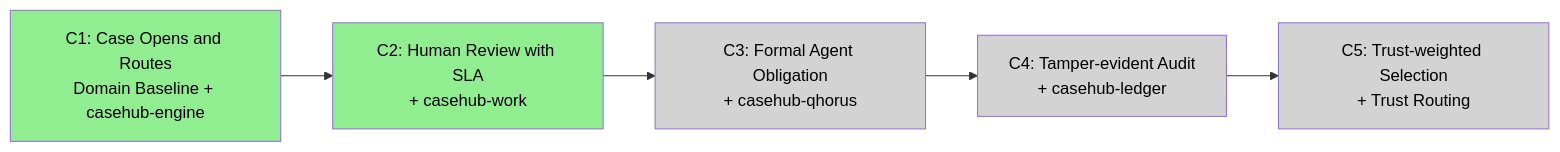
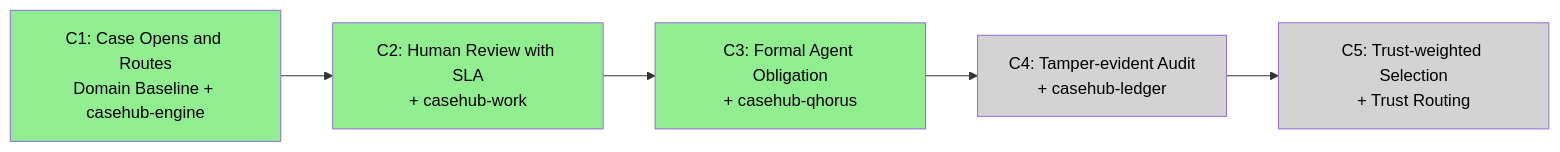
Before and after one commit to mdproctor/devtown: the fifth of 8 diagrams in ARC42STORIES.MD, drawn with Mermaid. The commit also changed other lines of this file and 1 other file, not shown here.

````diff
--- a/ARC42STORIES.MD
+++ b/ARC42STORIES.MD
@@ -382,16 +382,16 @@
 ```mermaid
 flowchart LR
   C1["C1: Case Opens and Routes\nDomain Baseline + casehub-engine"]
   C2["C2: Human Review with SLA\n+ casehub-work"]
   C3["C3: Formal Agent Obligation\n+ casehub-qhorus"]
   C4["C4: Tamper-evident Audit\n+ casehub-ledger"]
   C5["C5: Trust-weighted Selection\n+ Trust Routing"]
 
   C1 --> C2 --> C3 --> C4 --> C5
 
   style C1 fill:#90EE90,color:#000
   style C2 fill:#90EE90,color:#000
-  style C3 fill:#D3D3D3,color:#000
+  style C3 fill:#90EE90,color:#000
   style C4 fill:#D3D3D3,color:#000
   style C5 fill:#D3D3D3,color:#000
 ```
````
